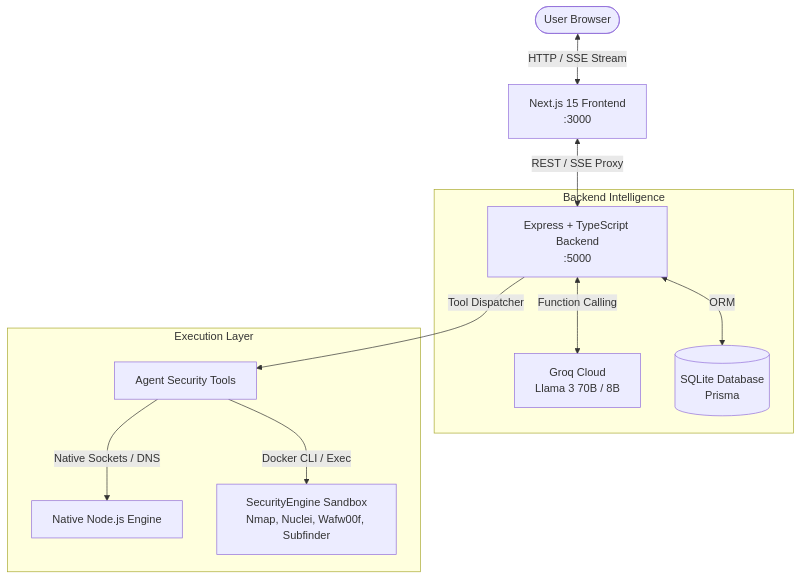
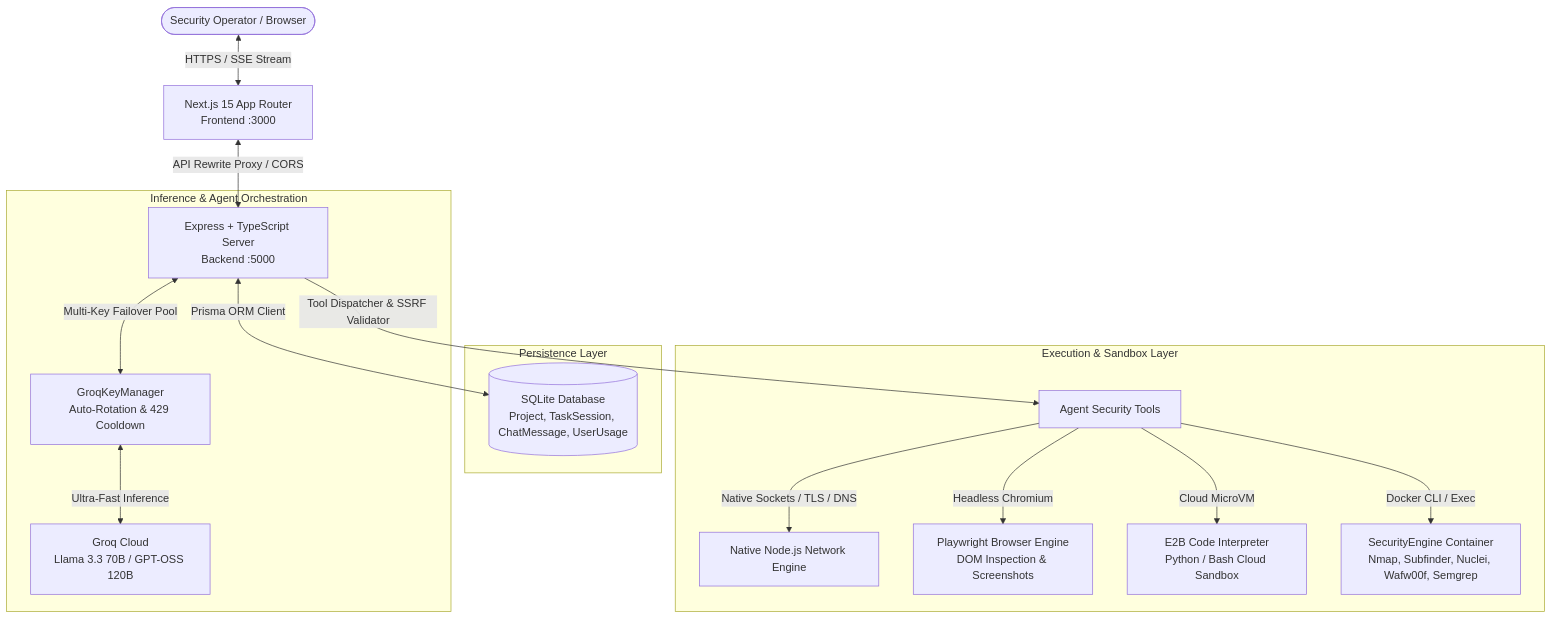
The diagram in README.md (Aokiro112/Kairoo), drawn with Mermaid before and after one commit. The commit also changed other lines of this file and 18 other files, not shown here.

````diff
--- a/README.md
+++ b/README.md
@@ -67,16 +90,22 @@
 ```mermaid
 graph TD
-    User([User Browser]) <-->|HTTP / SSE Stream| Frontend[Next.js 15 Frontend<br/>:3000]
-    Frontend <-->|REST / SSE Proxy| Backend[Express + TypeScript Backend<br/>:5000]
-    
-    subgraph "Backend Intelligence"
-        Backend <-->|Function Calling| Groq[Groq Cloud<br/>Llama 3 70B / 8B]
-        Backend <-->|ORM| DB[(SQLite Database<br/>Prisma)]
+    User([Security Operator / Browser]) <-->|HTTPS / SSE Stream| Frontend[Next.js 15 App Router<br/>Frontend :3000]
+    Frontend <-->|API Rewrite Proxy / CORS| Backend[Express + TypeScript Server<br/>Backend :5000]
+
+    subgraph "Inference & Agent Orchestration"
+        Backend <-->|Multi-Key Failover Pool| GroqManager[GroqKeyManager<br/>Auto-Rotation & 429 Cooldown]
+        GroqManager <-->|Ultra-Fast Inference| Groq[Groq Cloud<br/>Llama 3.3 70B / GPT-OSS 120B]
     end
-    
-    subgraph "Execution Layer"
-        Backend -->|Tool Dispatcher| Tools[Agent Security Tools]
-        Tools -->|Native Sockets / DNS| NativeExec[Native Node.js Engine]
-        Tools -->|Docker CLI / Exec| DockerContainer[SecurityEngine Sandbox<br/>Nmap, Nuclei, Wafw00f, Subfinder]
+
+    subgraph "Persistence Layer"
+        Backend <-->|Prisma ORM Client| SQLite[(SQLite Database<br/>Project, TaskSession, ChatMessage, UserUsage)]
+    end
+
+    subgraph "Execution & Sandbox Layer"
+        Backend -->|Tool Dispatcher & SSRF Validator| Tools[Agent Security Tools]
+        Tools -->|Native Sockets / TLS / DNS| NativeEngine[Native Node.js Network Engine]
+        Tools -->|Headless Chromium| Playwright[Playwright Browser Engine<br/>DOM Inspection & Screenshots]
+        Tools -->|Cloud MicroVM| E2B[E2B Code Interpreter<br/>Python / Bash Cloud Sandbox]
+        Tools -->|Docker CLI / Exec| DockerBox[SecurityEngine Container<br/>Nmap, Subfinder, Nuclei, Wafw00f, Semgrep]
     end
 ```
````
